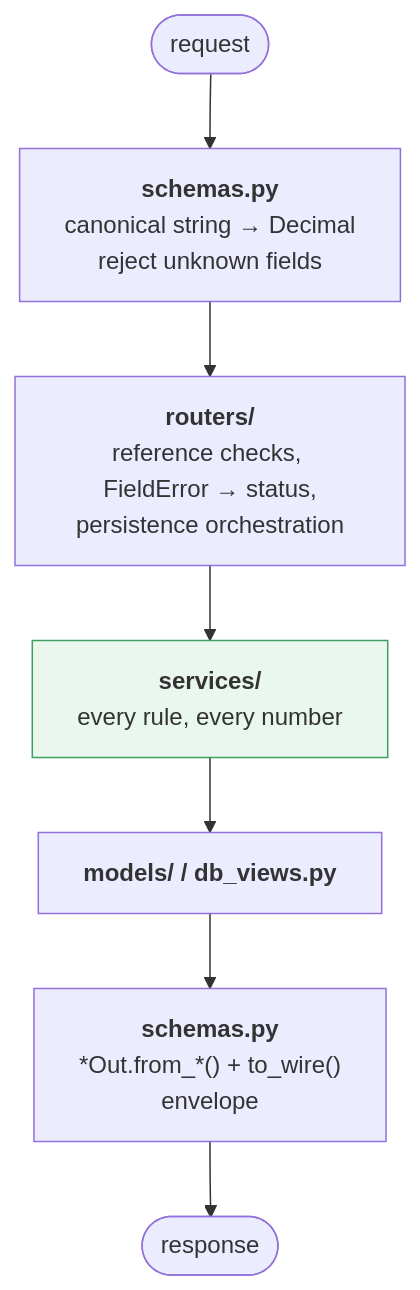
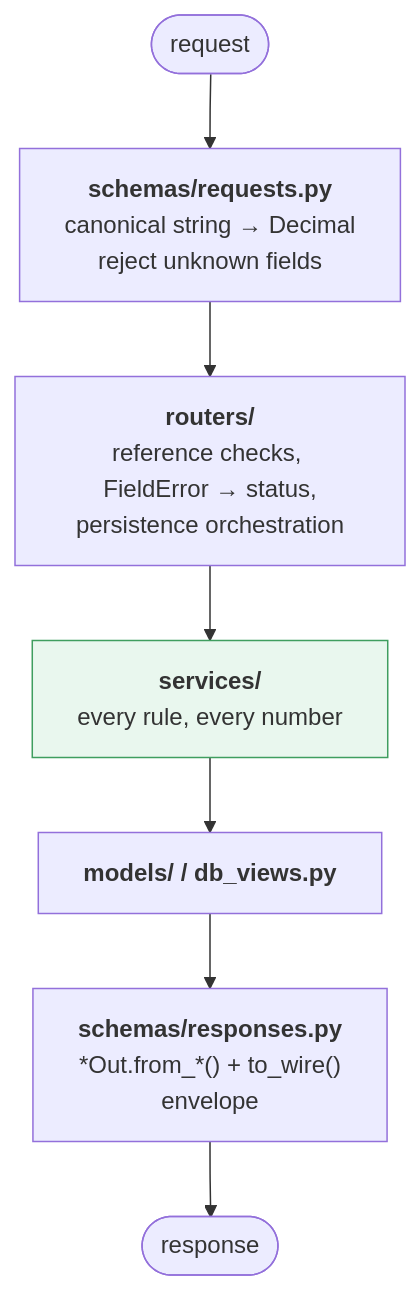
The diagram in design/BACKEND.md (pehala/tripaccounter), drawn with Mermaid before and after one commit. The commit also changed other lines of this file and 31 other files, not shown here.

First line of the commit message:
refactor(schemas): split schemas.py into a package

````diff
--- a/design/BACKEND.md
+++ b/design/BACKEND.md
@@ -64,15 +69,15 @@
 ```mermaid
 flowchart TD
     req(["request"]) --> sch
-    sch["<b>schemas.py</b><br/>canonical string → Decimal<br/>reject unknown fields"]
+    sch["<b>schemas/requests.py</b><br/>canonical string → Decimal<br/>reject unknown fields"]
     rt["<b>routers/</b><br/>reference checks, FieldError → status,<br/>persistence orchestration"]
     sv["<b>services/</b><br/>every rule, every number"]
     md["<b>models/ / db_views.py</b>"]
-    out["<b>schemas.py</b><br/>*Out.from_*() + to_wire()<br/>envelope"]
+    out["<b>schemas/responses.py</b><br/>*Out.from_*() + to_wire()<br/>envelope"]
     res(["response"])
 
     sch --> rt --> sv --> md
     md --> out --> res
 
     style sv fill:#e9f7ee,stroke:#3f9e5f
 ```
````
